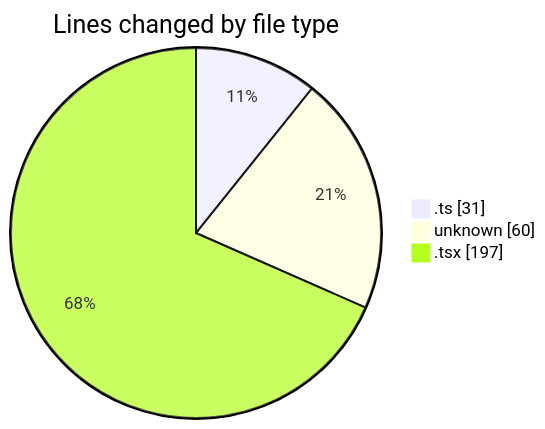
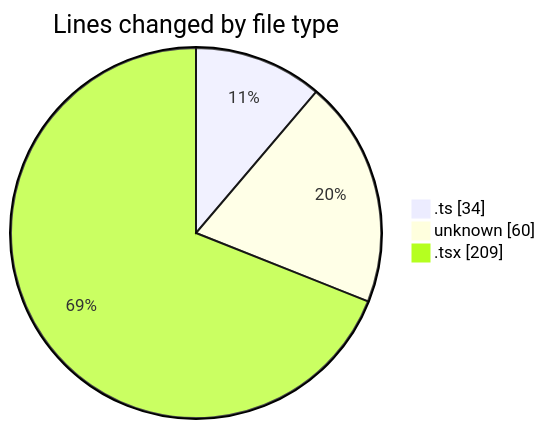
The first of 2 diagrams in 2026-06-12/cda/README.md (momahboobian/code-tracking), drawn with Mermaid before and after one commit. The commit also changed other lines of this file and 1 other file, not shown here.

````diff
--- a/2026-06-12/cda/README.md
+++ b/2026-06-12/cda/README.md
@@ -24,7 +24,7 @@
 ```mermaid
 pie showData
 title Lines changed by file type
-".ts" : 31
+".ts" : 34
 "unknown" : 60
-".tsx" : 197
+".tsx" : 209
 ```
````
